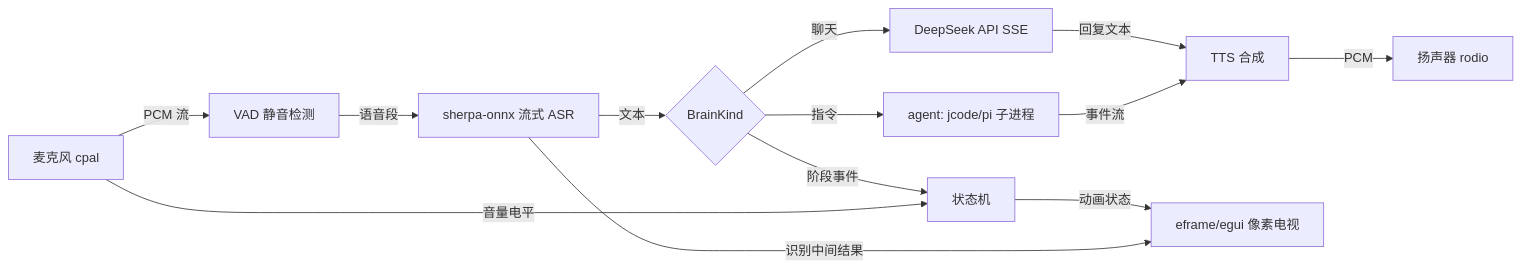
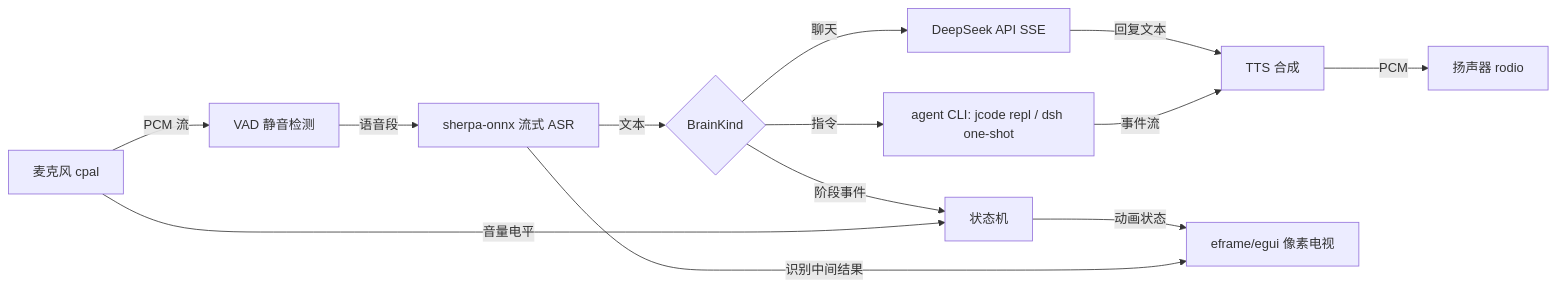
Before and after one commit to 3274375092/voxelf: the diagram in README.md, drawn with Mermaid. The commit also changed other lines of this file and 12 other files, not shown here.

First line of the commit message:
feat(brain): agent 协议可插拔(CliDialect),支持 jcode repl 与 one-shot CLI

````diff
--- a/README.md
+++ b/README.md
@@ -89,15 +104,15 @@
 ```mermaid
 flowchart LR
     MIC[麦克风 cpal] -->|PCM 流| VAD[VAD 静音检测]
     VAD -->|语音段| ASR[sherpa-onnx 流式 ASR]
     ASR -->|文本| BRAIN{BrainKind}
     BRAIN -->|聊天| DS[DeepSeek API SSE]
-    BRAIN -->|指令| AG[agent: jcode/pi 子进程]
+    BRAIN -->|指令| AG[agent CLI: jcode repl / dsh one-shot]
     DS -->|回复文本| TTS[TTS 合成]
     AG -->|事件流| TTS
     TTS -->|PCM| OUT[扬声器 rodio]
     BRAIN -->|阶段事件| SM[状态机]
     MIC -->|音量电平| SM
     SM -->|动画状态| UI[eframe/egui 像素电视]
     ASR -->|识别中间结果| UI
 ```
````
